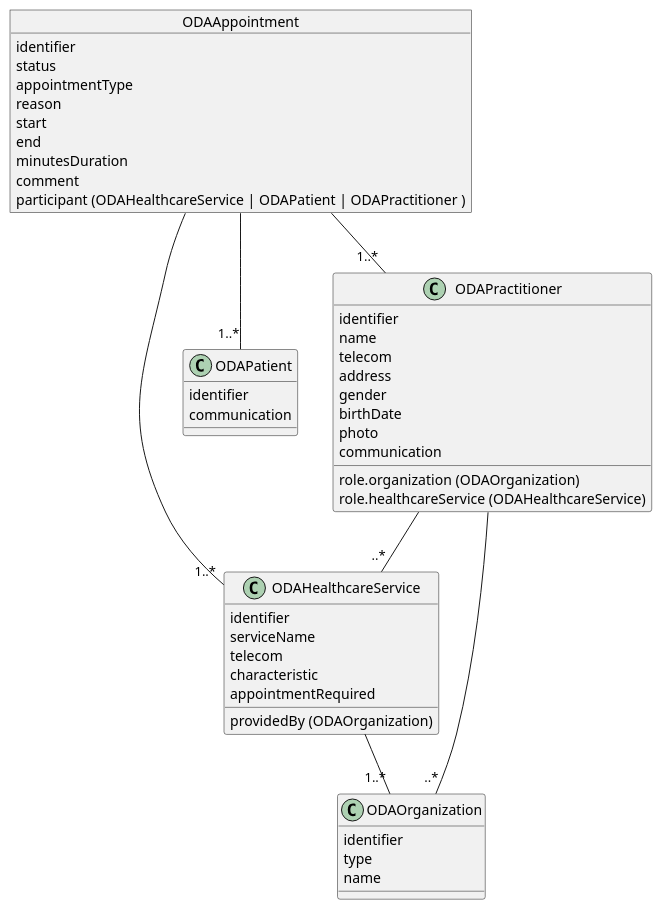
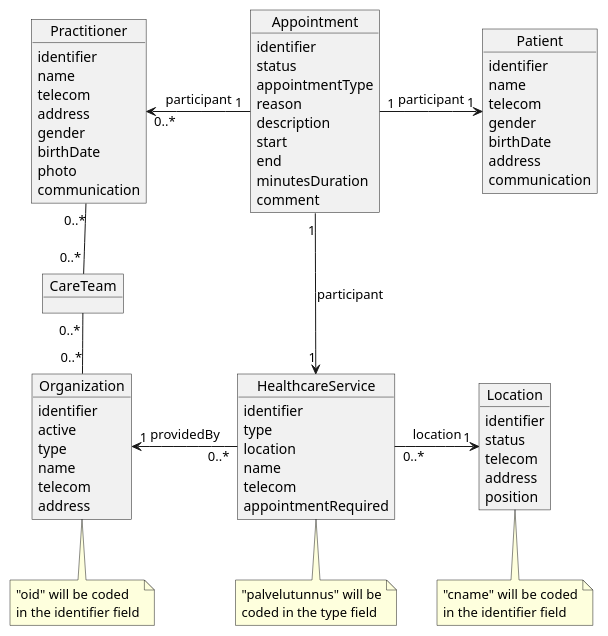
One commit to omahoito/rfc changed the diagram in ODA_ajanvaraus.plantuml. Above: the diagram before and after it, drawn with PlantUML.

Commit message:
KT-558 refined appointment UML diagram regarding healthcare service, locations, and participants

```diff
--- a/ODA_ajanvaraus.plantuml
+++ b/ODA_ajanvaraus.plantuml
@@ -1,55 +1,86 @@
 @startuml
-object ODAAppointment{
+
+hide methods
+
+object Appointment {
   identifier
   status
   appointmentType
   reason
+  ' added description field for a human readable description
+  description
   start
   end
   minutesDuration
   comment
-  participant (ODAHealthcareService | ODAPatient | ODAPractitioner )
 }
 
-ODAAppointment -- "1..*" ODAHealthcareService
-ODAAppointment -- "1..*" ODAPatient
-ODAAppointment -- "1..*" ODAPractitioner
-
-object ODAHealthcareService{
+object Patient {
+  ' added some missing fields that are used in a patient resource
   identifier
-  providedBy (ODAOrganization)
-  serviceName
+  name
   telecom
-  characteristic
-  appointmentRequired
-}
-
-ODAHealthcareService -- "1..*" ODAOrganization
-
-object ODAOrganization{
-  identifier
-  type
-  name
-}
-
-object ODAPatient{
-  identifier
+  gender
+  birthDate
+  address
   communication
 }
 
-object ODAPractitioner{
+object Practitioner {
   identifier
   name
   telecom
   address
   gender
   birthDate  
   photo
-  role.organization (ODAOrganization)
-  role.healthcareService (ODAHealthcareService)
   communication
+  ' role.organization (ODAOrganization) ... role does not exist in DSTU3 any nmore
+  ' role.healthcareService (ODAHealthcareService) ... role does not exist in DSTU3 any nmore
 }
 
-ODAPractitioner -- "..*" ODAOrganization
-ODAPractitioner -- "..*" ODAHealthcareService
+object HealthcareService {
+  identifier
+  type
+  location 
+  name
+  telecom
+  ' characteristic -- dropped this field out at this stage; used eg. to indicate wheel chair access
+  appointmentRequired
+}
+note bottom : "palvelutunnus" will be\ncoded in the type field
+
+object Organization {
+  ' added some missing fields that are used in a patient resource
+  identifier
+  active
+  type
+  name
+  telecom
+  address
+}
+note bottom : "oid" will be coded\nin the identifier field
+
+object Location {
+  identifier
+  status
+  telecom
+  address
+  position
+}
+note bottom : "cname" will be coded\nin the identifier field
+
+object CareTeam {
+}
+
+Appointment "1" -left-> "0..*" Practitioner :  participant
+Appointment "1" -down-> "1" HealthcareService :  participant
+Appointment "1" -right-> "1" Patient :  participant
+
+HealthcareService "0..*" -left-> "1" Organization : providedBy
+HealthcareService "0..*  " -right-> "1" Location : location
+
+Practitioner "0..*" -down- "0..*" CareTeam
+Organization "0..*" -up- "0..*" CareTeam
+
 @enduml
```
